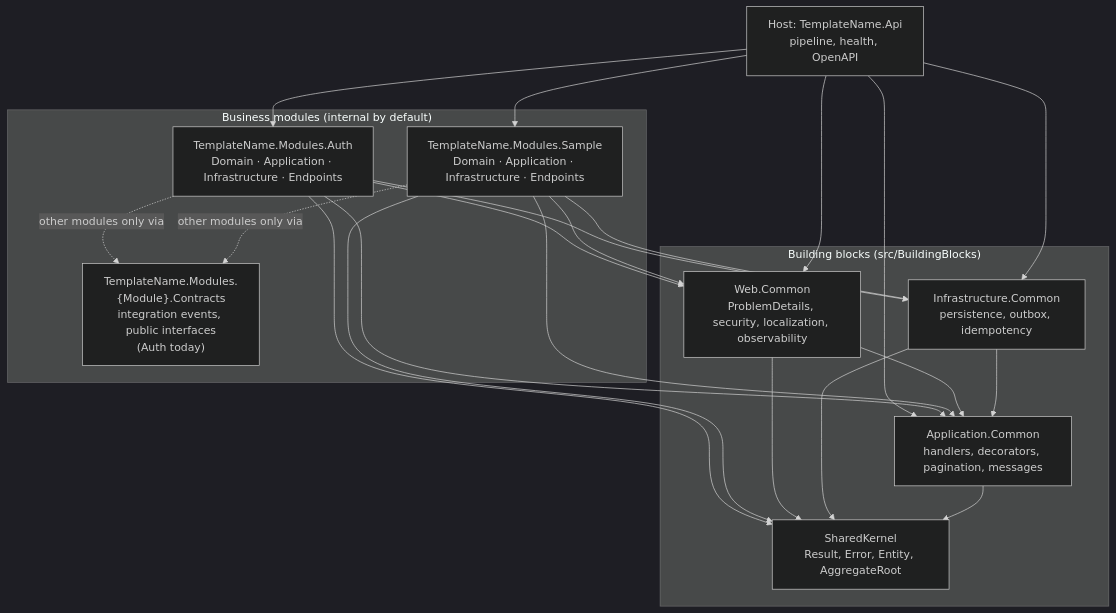
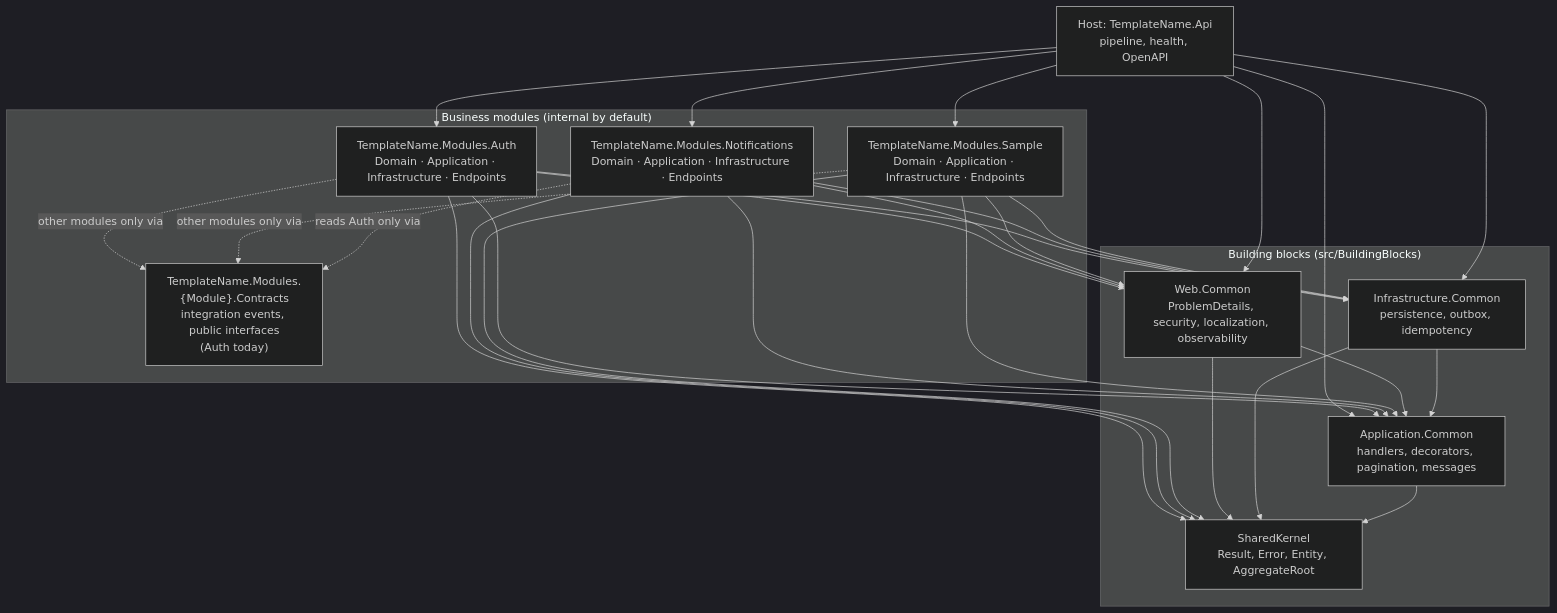
One commit to jackyjiale-oss/modulith-backend changed the first of 2 diagrams in docs/architecture/overview.md. Above: the diagram before and after it, drawn with Mermaid (dark theme). The commit also changed other lines of this file and 32 other files, not shown here.

````diff
--- a/docs/architecture/overview.md
+++ b/docs/architecture/overview.md
@@ -7,38 +7,45 @@
 ```mermaid
 flowchart TD
     Api["Host: TemplateName.Api<br/>pipeline, health, OpenAPI"]
 
     subgraph Modules["Business modules (internal by default)"]
         Auth["TemplateName.Modules.Auth<br/>Domain · Application · Infrastructure · Endpoints"]
+        Notifications["TemplateName.Modules.Notifications<br/>Domain · Application · Infrastructure · Endpoints"]
         Sample["TemplateName.Modules.Sample<br/>Domain · Application · Infrastructure · Endpoints"]
         Contracts["TemplateName.Modules.{Module}.Contracts<br/>integration events, public interfaces<br/>(Auth today)"]
     end
 
     subgraph BuildingBlocks["Building blocks (src/BuildingBlocks)"]
         Web["Web.Common<br/>ProblemDetails, security, localization, observability"]
         Infra["Infrastructure.Common<br/>persistence, outbox, idempotency"]
         App["Application.Common<br/>handlers, decorators, pagination, messages"]
         Kernel["SharedKernel<br/>Result, Error, Entity, AggregateRoot"]
     end
 
     Api --> Auth
+    Api --> Notifications
     Api --> Sample
     Api --> Web
     Api --> Infra
     Api --> App
     Auth -. "other modules only via" .-> Contracts
     Sample -. "other modules only via" .-> Contracts
+    Notifications -. "reads Auth only via" .-> Contracts
     Auth --> Web
     Auth --> Infra
     Auth --> App
     Auth --> Kernel
+    Notifications --> Web
+    Notifications --> Infra
+    Notifications --> App
+    Notifications --> Kernel
     Sample --> Web
     Sample --> Infra
     Sample --> App
     Sample --> Kernel
     Web --> App
     Infra --> App
     Web --> Kernel
     Infra --> Kernel
     App --> Kernel
 ```
````
